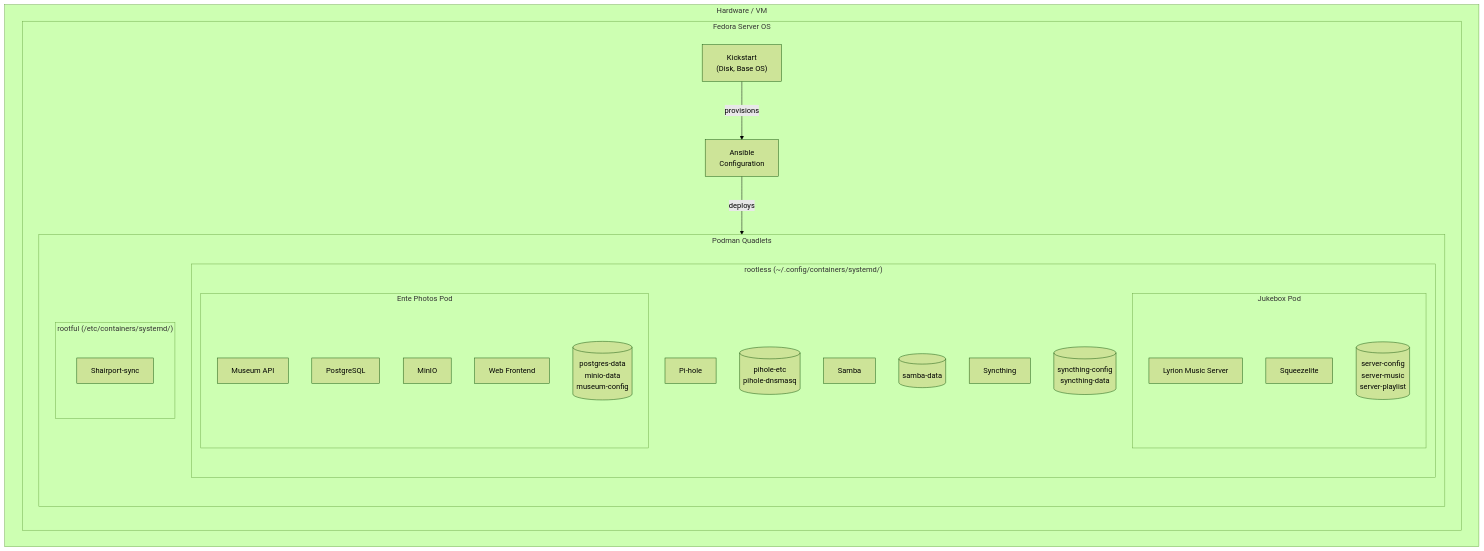
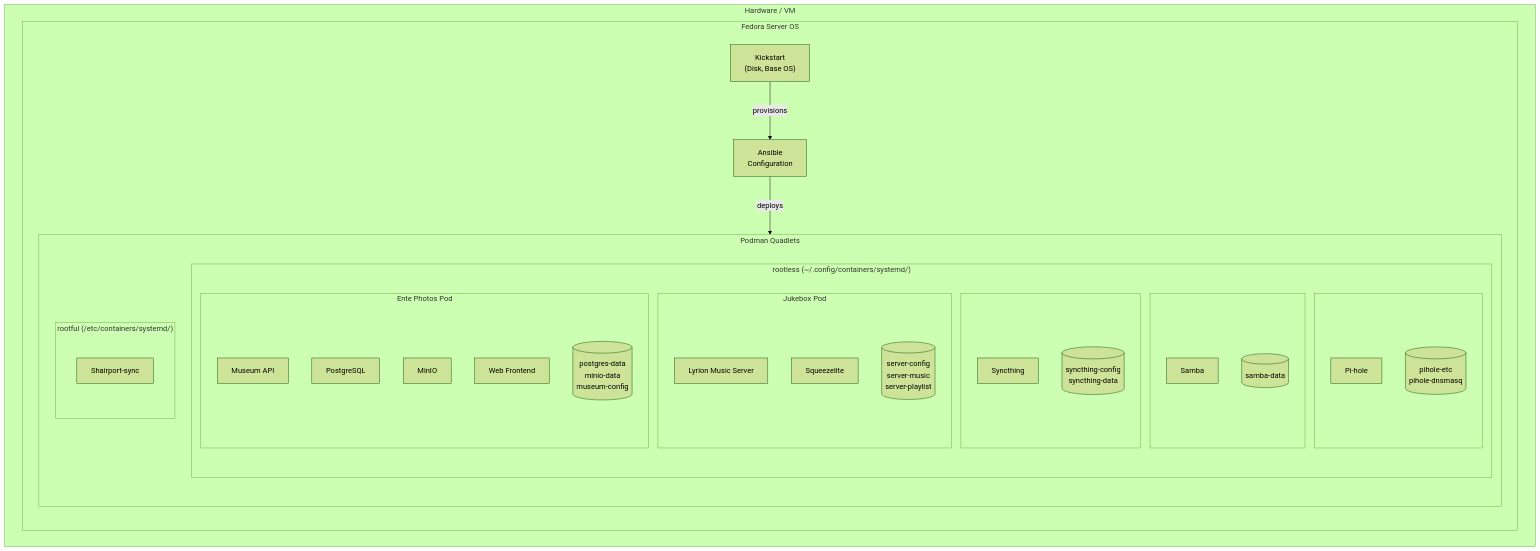
One commit to luckynrslevin/home-server changed the diagram in README.md. Above: the diagram before and after it, drawn with Mermaid (forest theme).

Commit message:
Group containers with their volumes in architecture diagram
Wrap single-container services (Pi-hole, Samba, Syncthing) in subgraph
boxes alongside their volumes for visual grouping.

````diff
--- a/README.md
+++ b/README.md
@@ -111,35 +111,41 @@
 ```mermaid
 graph TD
     subgraph HW["Hardware / VM"]
         subgraph OS["Fedora Server OS"]
             KS["Kickstart<br/>(Disk, Base OS)"] -->|provisions| ANS["Ansible<br/>Configuration"]
             ANS -->|deploys| PODMAN
 
             subgraph PODMAN["Podman Quadlets"]
                 subgraph RL["rootless (~/.config/containers/systemd/)"]
-                    PH["Pi-hole"]
-                    PH_V[("pihole-etc<br/>pihole-dnsmasq")]
-                    SMB["Samba"]
-                    SMB_V[("samba-data")]
-                    ST["Syncthing"]
-                    ST_V[("syncthing-config<br/>syncthing-data")]
+                    subgraph PH_S[" "]
+                        PH["Pi-hole"]
+                        PH_V[("pihole-etc<br/>pihole-dnsmasq")]
+                    end
+                    subgraph SMB_S[" "]
+                        SMB["Samba"]
+                        SMB_V[("samba-data")]
+                    end
+                    subgraph ST_S[" "]
+                        ST["Syncthing"]
+                        ST_V[("syncthing-config<br/>syncthing-data")]
+                    end
                     subgraph JB["Jukebox Pod"]
                         LMS["Lyrion Music Server"]
                         SL["Squeezelite"]
                         JB_V[("server-config<br/>server-music<br/>server-playlist")]
                     end
                     subgraph EP["Ente Photos Pod"]
                         MUS["Museum API"]
                         PG["PostgreSQL"]
                         MIN["MinIO"]
                         WEB["Web Frontend"]
                         EP_V[("postgres-data<br/>minio-data<br/>museum-config")]
                     end
                 end
                 subgraph RF["rootful (/etc/containers/systemd/)"]
                     SH["Shairport-sync"]
                 end
             end
         end
     end
 ```
````
